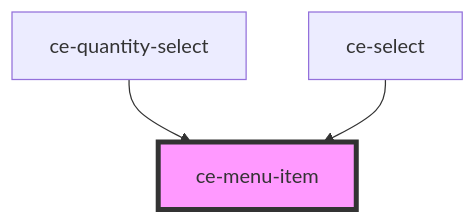
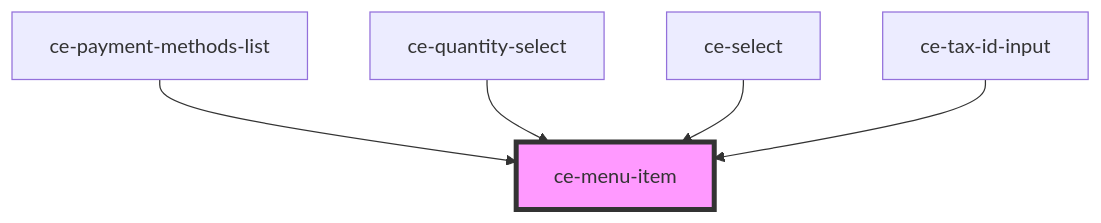
Before and after one commit to surecart/surecart-wp-plugin: the diagram in packages/components/src/components/ui/menu-item/readme.md, drawn with Mermaid. The commit also changed other lines of this file and 118 other files, not shown here.

````diff
--- a/packages/components/src/components/ui/menu-item/readme.md
+++ b/packages/components/src/components/ui/menu-item/readme.md
@@ -58,6 +60,8 @@
 ```mermaid
 graph TD;
+  ce-payment-methods-list --> ce-menu-item
   ce-quantity-select --> ce-menu-item
   ce-select --> ce-menu-item
+  ce-tax-id-input --> ce-menu-item
   style ce-menu-item fill:#f9f,stroke:#333,stroke-width:4px
 ```
````
